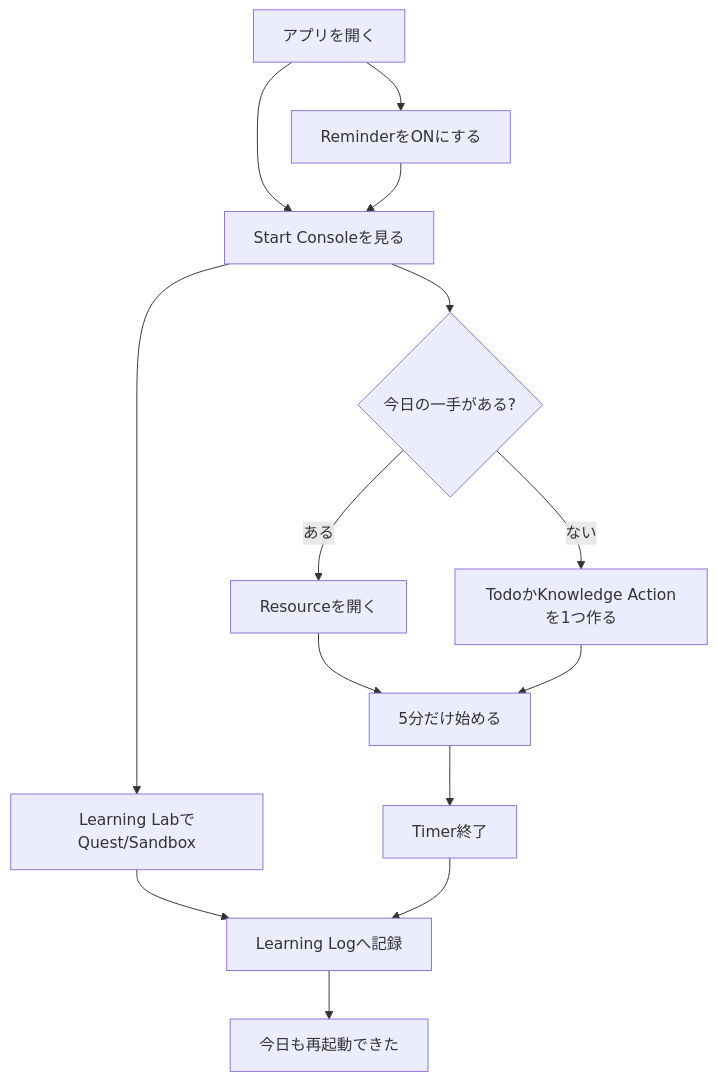
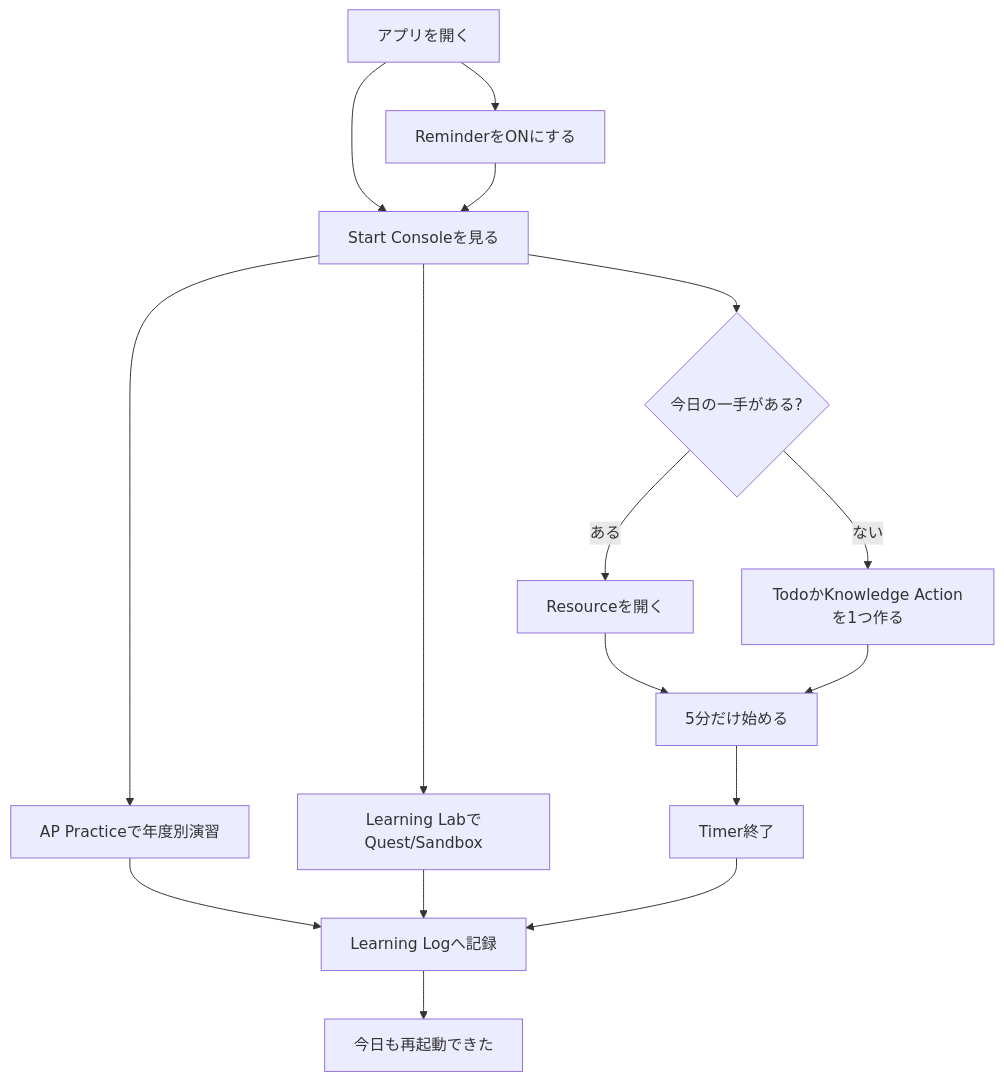
Before and after one commit to kum4san5/gemini_diary: the diagram in .explainApp/README.md, drawn with Mermaid. The commit also changed other lines of this file and 15 other files, not shown here.

````diff
--- a/.explainApp/README.md
+++ b/.explainApp/README.md
@@ -52,16 +53,18 @@
 ```mermaid
 flowchart TD
     A[アプリを開く] --> B[Start Consoleを見る]
     A --> R[ReminderをONにする]
     B --> C{今日の一手がある?}
     C -->|ある| D[Resourceを開く]
     C -->|ない| E[TodoかKnowledge Actionを1つ作る]
     D --> F[5分だけ始める]
     E --> F
+    B --> P[AP Practiceで年度別演習]
     B --> L[Learning LabでQuest/Sandbox]
+    P --> H
     L --> H
     F --> G[Timer終了]
     G --> H[Learning Logへ記録]
     H --> I[今日も再起動できた]
     R --> B
 ```
````
